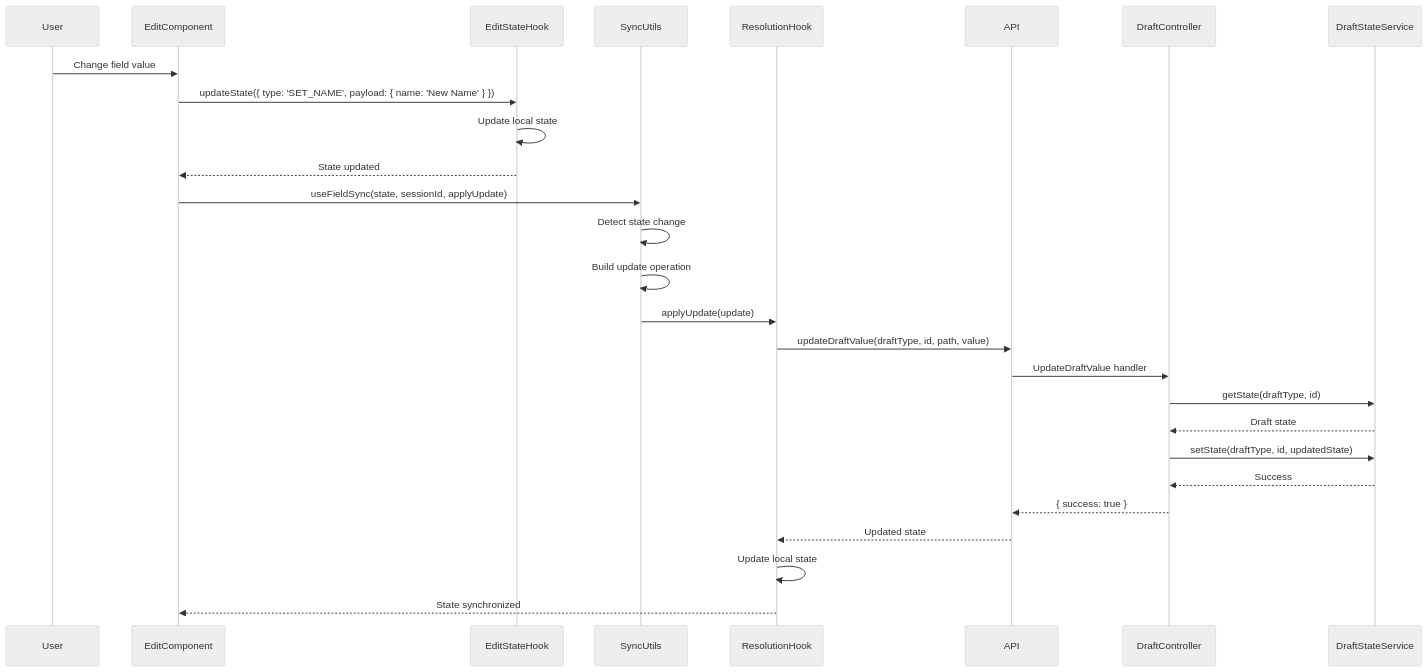
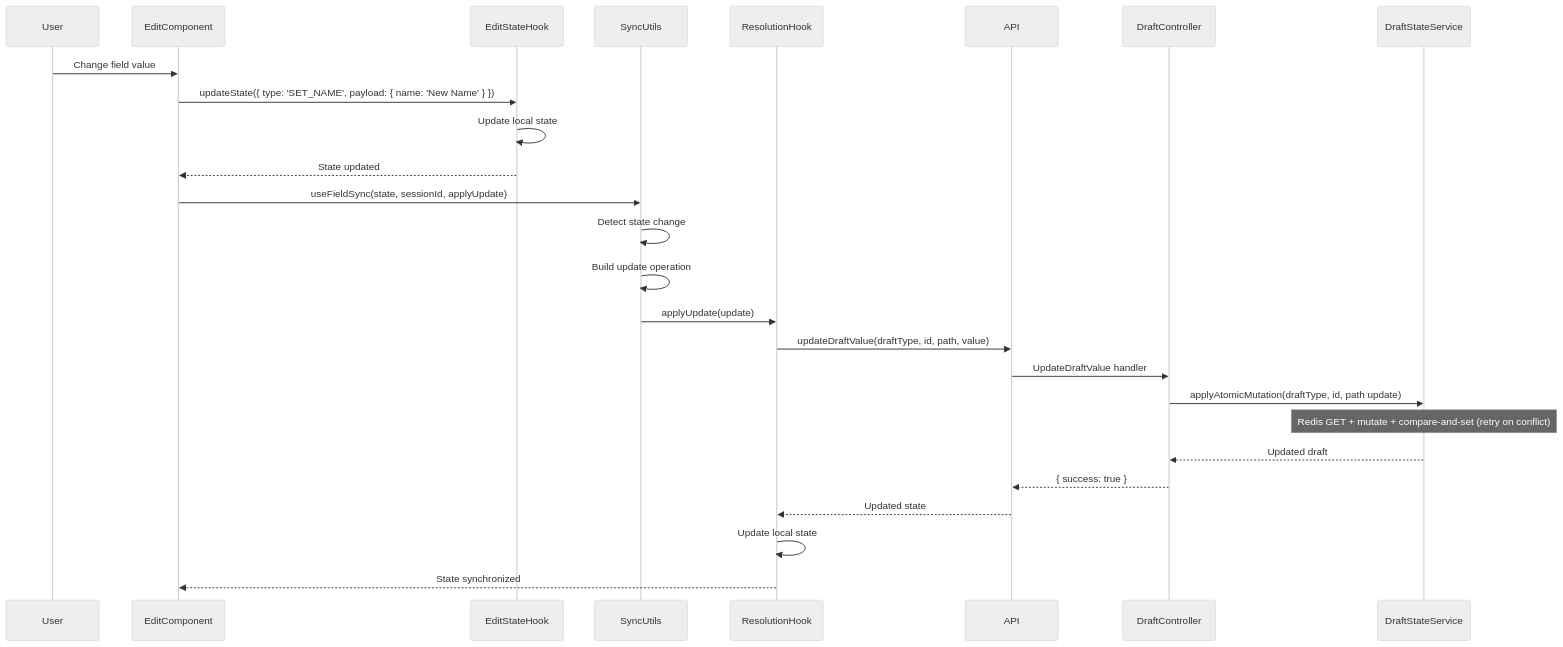
Before and after one commit to Cezero/dnd_tools: the third of 3 diagrams in packages/shared/docs/application-overview/session-state-management.md, drawn with Mermaid (neutral theme). The commit also changed other lines of this file and 183 other files, not shown here.

````diff
--- a/packages/shared/docs/application-overview/session-state-management.md
+++ b/packages/shared/docs/application-overview/session-state-management.md
@@ -99,32 +99,31 @@
 ```mermaid
 sequenceDiagram
     participant User
     participant EditComponent
     participant EditStateHook
     participant SyncUtils
     participant ResolutionHook
     participant API
     participant DraftController
     participant DraftStateService
     
     User->>EditComponent: Change field value
     EditComponent->>EditStateHook: updateState({ type: 'SET_NAME', payload: { name: 'New Name' } })
     EditStateHook->>EditStateHook: Update local state
     EditStateHook-->>EditComponent: State updated
     
     EditComponent->>SyncUtils: useFieldSync(state, sessionId, applyUpdate)
     SyncUtils->>SyncUtils: Detect state change
     SyncUtils->>SyncUtils: Build update operation
     SyncUtils->>ResolutionHook: applyUpdate(update)
     
     ResolutionHook->>API: updateDraftValue(draftType, id, path, value)
     API->>DraftController: UpdateDraftValue handler
-    DraftController->>DraftStateService: getState(draftType, id)
-    DraftStateService-->>DraftController: Draft state
-    DraftController->>DraftStateService: setState(draftType, id, updatedState)
-    DraftStateService-->>DraftController: Success
+    DraftController->>DraftStateService: applyAtomicMutation(draftType, id, path update)
+    Note over DraftStateService: Redis GET + mutate + compare-and-set (retry on conflict)
+    DraftStateService-->>DraftController: Updated draft
     DraftController-->>API: { success: true }
     API-->>ResolutionHook: Updated state
     ResolutionHook->>ResolutionHook: Update local state
     ResolutionHook-->>EditComponent: State synchronized
 ```
````
